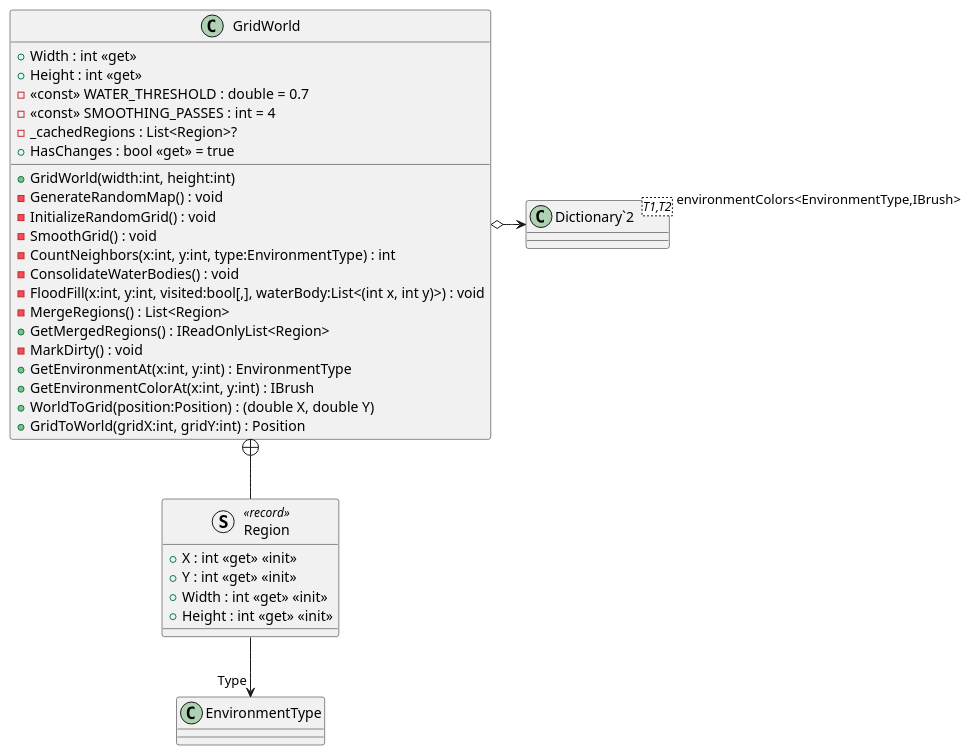
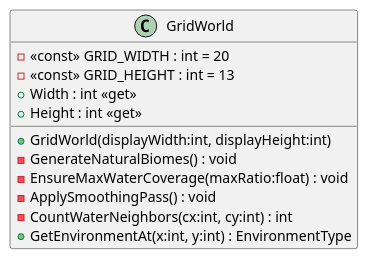
The diagram in plantuml/Models/Entities/Environment/GridWorld.puml (I42I/ecosystem), drawn with PlantUML before and after one commit. The commit also changed 27 other files, not shown here.

```diff
--- a/plantuml/Models/Entities/Environment/GridWorld.puml
+++ b/plantuml/Models/Entities/Environment/GridWorld.puml
@@ -1,35 +1,14 @@
 @startuml
 class GridWorld {
+    - <<const>> GRID_WIDTH : int = 20
+    - <<const>> GRID_HEIGHT : int = 13
     + Width : int <<get>>
     + Height : int <<get>>
-    - <<const>> WATER_THRESHOLD : double = 0.7
-    - <<const>> SMOOTHING_PASSES : int = 4
-    + GridWorld(width:int, height:int)
-    - GenerateRandomMap() : void
-    - InitializeRandomGrid() : void
-    - SmoothGrid() : void
-    - CountNeighbors(x:int, y:int, type:EnvironmentType) : int
-    - ConsolidateWaterBodies() : void
-    - FloodFill(x:int, y:int, visited:bool[,], waterBody:List<(int x, int y)>) : void
-    - MergeRegions() : List<Region>
-    - _cachedRegions : List<Region>?
-    + HasChanges : bool <<get>> = true
-    + GetMergedRegions() : IReadOnlyList<Region>
-    - MarkDirty() : void
+    + GridWorld(displayWidth:int, displayHeight:int)
+    - GenerateNaturalBiomes() : void
+    - EnsureMaxWaterCoverage(maxRatio:float) : void
+    - ApplySmoothingPass() : void
+    - CountWaterNeighbors(cx:int, cy:int) : int
     + GetEnvironmentAt(x:int, y:int) : EnvironmentType
-    + GetEnvironmentColorAt(x:int, y:int) : IBrush
-    + WorldToGrid(position:Position) : (double X, double Y)
-    + GridToWorld(gridX:int, gridY:int) : Position
 }
-class "Dictionary`2"<T1,T2> {
-}
-struct Region <<record>> {
-    + X : int <<get>> <<init>>
-    + Y : int <<get>> <<init>>
-    + Width : int <<get>> <<init>>
-    + Height : int <<get>> <<init>>
-}
-GridWorld o-> "environmentColors<EnvironmentType,IBrush>" "Dictionary`2"
-GridWorld +-- Region
-Region --> "Type" EnvironmentType
 @enduml
```
